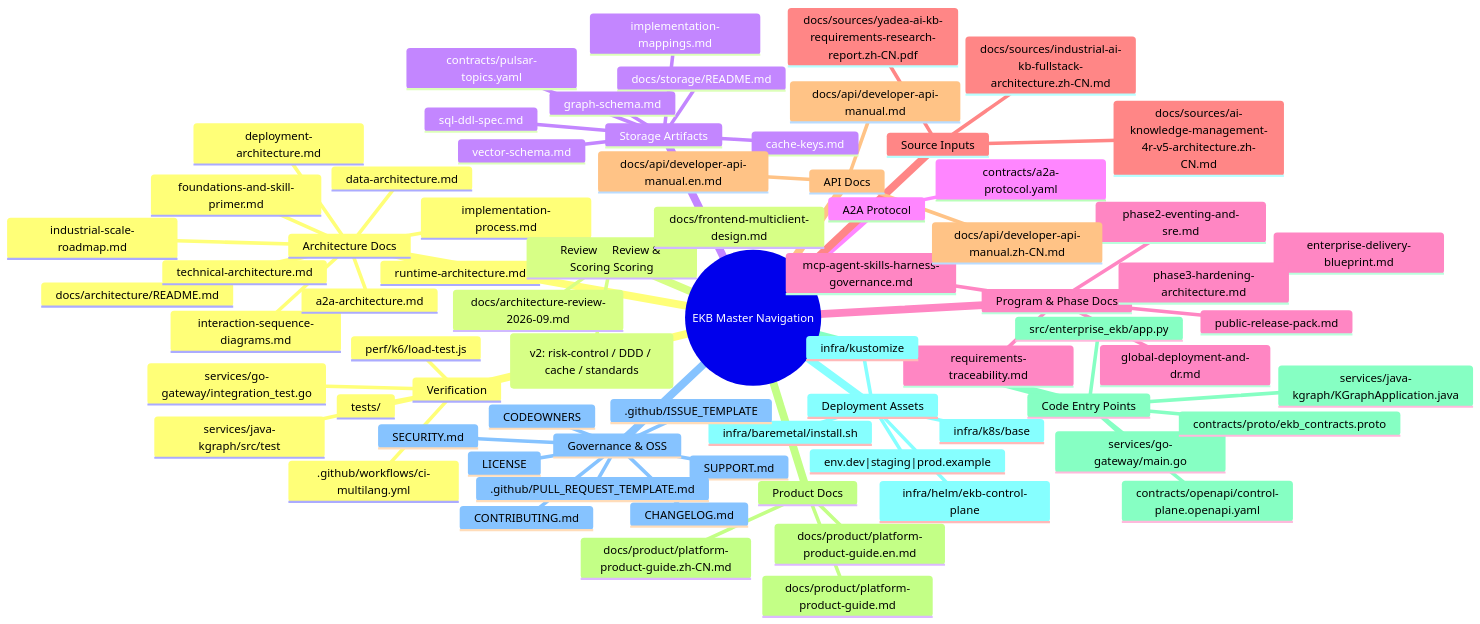
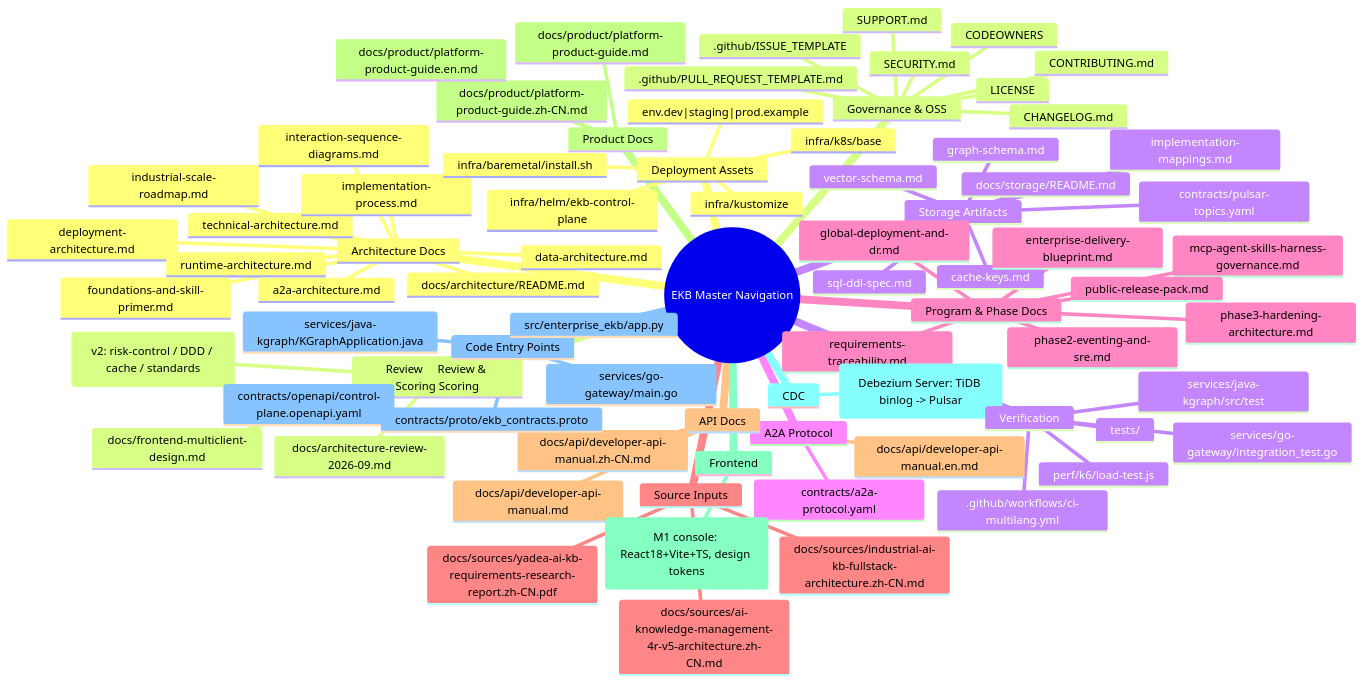
Before and after one commit to tianqiongenze/AI-EKB: the diagram in docs/master-navigation.md, drawn with Mermaid. The commit also changed 30 other files, not shown here.

First line of the commit message:
feat(roadmap): background relay, hybrid RRF retrieval, CDC assets, Java de-mock, admin M1

````diff
--- a/docs/master-navigation.md
+++ b/docs/master-navigation.md
@@ -7,76 +7,80 @@
 ```mermaid
 mindmap
   root((EKB Master Navigation))
     Architecture Docs
       docs/architecture/README.md
       technical-architecture.md
       data-architecture.md
       deployment-architecture.md
       runtime-architecture.md
       implementation-process.md
       interaction-sequence-diagrams.md
       foundations-and-skill-primer.md
       a2a-architecture.md
       industrial-scale-roadmap.md
     Review     Review & Scoring Scoring
       docs/architecture-review-2026-09.md (v2: risk-control / DDD / cache / standards)
       docs/frontend-multiclient-design.md
       docs/architecture-review-2026-09.md
     Storage Artifacts
       docs/storage/README.md
       sql-ddl-spec.md
       cache-keys.md
       vector-schema.md
       graph-schema.md
       implementation-mappings.md
       contracts/pulsar-topics.yaml
     A2A Protocol
       contracts/a2a-protocol.yaml
     Program & Phase Docs
       enterprise-delivery-blueprint.md
       mcp-agent-skills-harness-governance.md
       phase2-eventing-and-sre.md
       phase3-hardening-architecture.md
       global-deployment-and-dr.md
       requirements-traceability.md
       public-release-pack.md
     Source Inputs
       docs/sources/industrial-ai-kb-fullstack-architecture.zh-CN.md
       docs/sources/ai-knowledge-management-4r-v5-architecture.zh-CN.md
       docs/sources/yadea-ai-kb-requirements-research-report.zh-CN.pdf
     API Docs
       docs/api/developer-api-manual.md
       docs/api/developer-api-manual.zh-CN.md
       docs/api/developer-api-manual.en.md
     Product Docs
       docs/product/platform-product-guide.md
       docs/product/platform-product-guide.zh-CN.md
       docs/product/platform-product-guide.en.md
+    Frontend
+      web/admin (M1 console: React18+Vite+TS, design tokens)
+    CDC
+      infra/cdc (Debezium Server: TiDB binlog -> Pulsar)
     Code Entry Points
       src/enterprise_ekb/app.py
       services/java-kgraph/KGraphApplication.java
       services/go-gateway/main.go
       contracts/openapi/control-plane.openapi.yaml
       contracts/proto/ekb_contracts.proto
     Deployment Assets
       infra/helm/ekb-control-plane
       infra/k8s/base
       infra/kustomize
       env.dev|staging|prod.example
       infra/baremetal/install.sh
     Governance & OSS
       LICENSE
       SECURITY.md
       SUPPORT.md
       CONTRIBUTING.md
       CODEOWNERS
       CHANGELOG.md
       .github/ISSUE_TEMPLATE
       .github/PULL_REQUEST_TEMPLATE.md
     Verification
       tests/
       services/java-kgraph/src/test
       services/go-gateway/integration_test.go
       perf/k6/load-test.js
       .github/workflows/ci-multilang.yml
 ```
````
